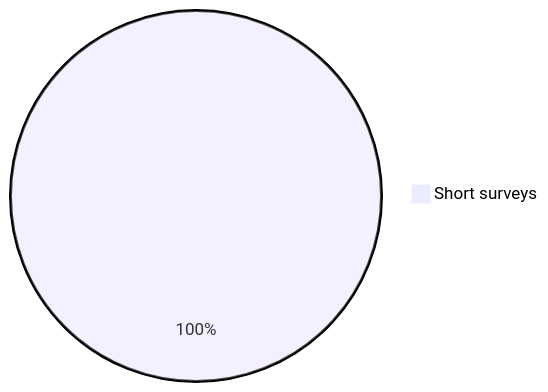
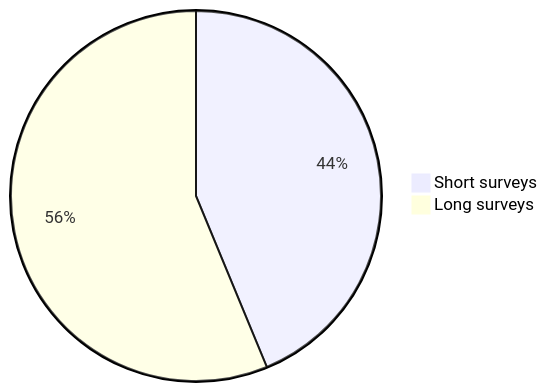
Diagram 12 of 17 in documentation/interviews-surveys/mood-mental-health-survey-V2.md (S4-Smart-mobile/S4-Smart-Mobile), drawn with Mermaid before and after one commit. The commit also changed other lines of this file, not shown here.

````diff
--- a/documentation/interviews-surveys/mood-mental-health-survey-V2.md
+++ b/documentation/interviews-surveys/mood-mental-health-survey-V2.md
@@ -173,4 +217,5 @@
 ```mermaid
 pie
-"Short surveys": 2
+"Short surveys": 7
+"Long surveys": 9
 ```
````
